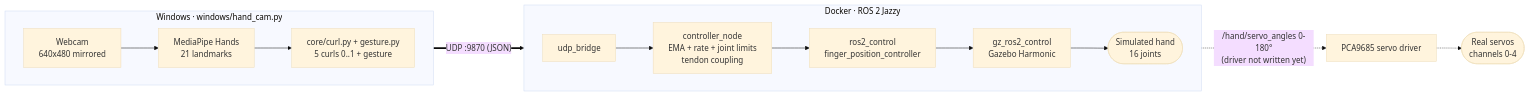
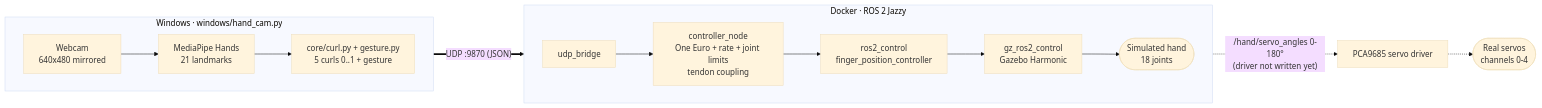
One commit to mrsssok2/robotic_prosthetic_hand changed the first of 3 diagrams in README.md. Above: the diagram before and after it, drawn with Mermaid (base theme). The commit also changed other lines of this file and 47 other files, not shown here.

First line of the commit message:
One Euro smoothing, 2-DOF wrist, per-user calibration, auto grip selection with contact-by-blocking

````diff
--- a/README.md
+++ b/README.md
@@ -60,18 +63,18 @@
 ```mermaid
 flowchart LR
   subgraph WIN["Windows · windows/hand_cam.py"]
     direction LR
     cam["Webcam<br/>640x480 mirrored"] --> mp["MediaPipe Hands<br/>21 landmarks"]
     mp --> core["core/curl.py + gesture.py<br/>5 curls 0..1 + gesture"]
   end
   subgraph DOCKER["Docker · ROS 2 Jazzy"]
     direction LR
-    udp["udp_bridge"] --> ctrl["controller_node<br/>EMA + rate + joint limits<br/>tendon coupling"]
+    udp["udp_bridge"] --> ctrl["controller_node<br/>One Euro + rate + joint limits<br/>tendon coupling"]
     ctrl --> rc["ros2_control<br/>finger_position_controller"]
     rc --> gz["gz_ros2_control<br/>Gazebo Harmonic"]
-    gz --> hand(["Simulated hand<br/>16 joints"])
+    gz --> hand(["Simulated hand<br/>18 joints"])
   end
   core == "UDP :9870 (JSON)" ==> udp
   ctrl -. "/hand/servo_angles 0-180°<br/>(driver not written yet)" .-> pca["PCA9685 servo driver"]
   pca -.-> servos(["Real servos<br/>channels 0-4"])
 ```
````
